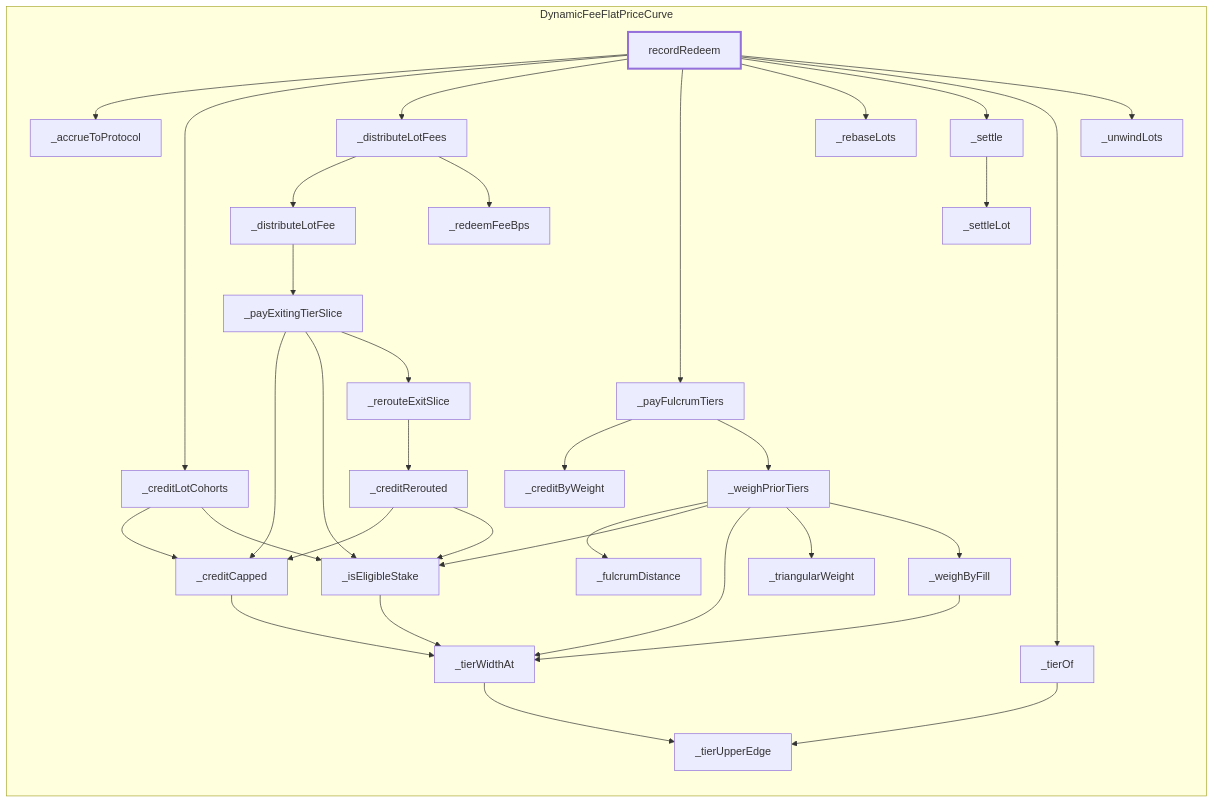
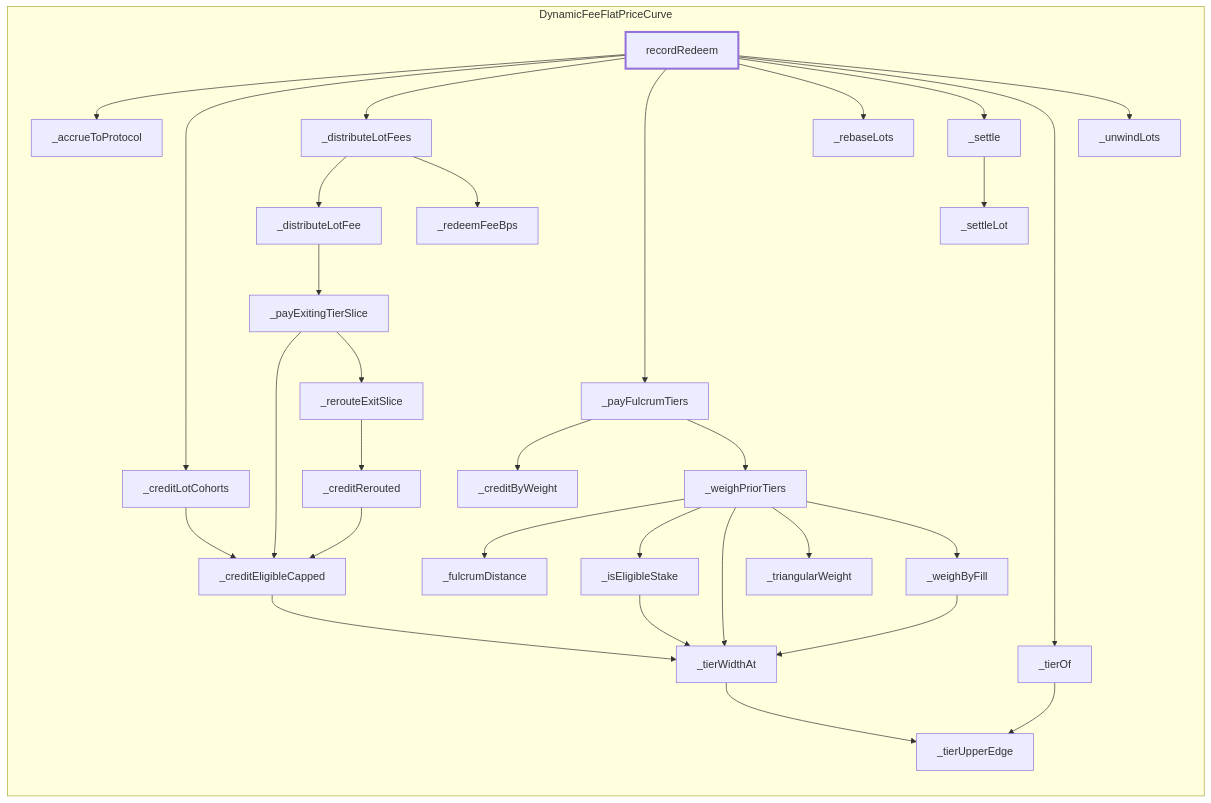
The diagram in docs/call-flows/generated/curve-record-redeem.md (0xIntuition/intuition-contracts-v2), drawn with Mermaid before and after one commit. The commit also changed other lines of this file and 3 other files, not shown here.

Commit message:
refactor: resolve each drawn lot's rate once, pass the residual mask to the re-base, and fold eligibility into the capped credit

````diff
--- a/docs/call-flows/generated/curve-record-redeem.md
+++ b/docs/call-flows/generated/curve-record-redeem.md
@@ -11,62 +11,59 @@
 ```mermaid
 flowchart LR
   subgraph DynamicFeeFlatPriceCurve["DynamicFeeFlatPriceCurve"]
     DynamicFeeFlatPriceCurve__accrueToProtocol["_accrueToProtocol"]
     DynamicFeeFlatPriceCurve__creditByWeight["_creditByWeight"]
-    DynamicFeeFlatPriceCurve__creditCapped["_creditCapped"]
+    DynamicFeeFlatPriceCurve__creditEligibleCapped["_creditEligibleCapped"]
     DynamicFeeFlatPriceCurve__creditLotCohorts["_creditLotCohorts"]
     DynamicFeeFlatPriceCurve__creditRerouted["_creditRerouted"]
     DynamicFeeFlatPriceCurve__distributeLotFee["_distributeLotFee"]
     DynamicFeeFlatPriceCurve__distributeLotFees["_distributeLotFees"]
     DynamicFeeFlatPriceCurve__fulcrumDistance["_fulcrumDistance"]
     DynamicFeeFlatPriceCurve__isEligibleStake["_isEligibleStake"]
     DynamicFeeFlatPriceCurve__payExitingTierSlice["_payExitingTierSlice"]
     DynamicFeeFlatPriceCurve__payFulcrumTiers["_payFulcrumTiers"]
     DynamicFeeFlatPriceCurve__rebaseLots["_rebaseLots"]
     DynamicFeeFlatPriceCurve__redeemFeeBps["_redeemFeeBps"]
     DynamicFeeFlatPriceCurve__rerouteExitSlice["_rerouteExitSlice"]
     DynamicFeeFlatPriceCurve__settle["_settle"]
     DynamicFeeFlatPriceCurve__settleLot["_settleLot"]
     DynamicFeeFlatPriceCurve__tierOf["_tierOf"]
     DynamicFeeFlatPriceCurve__tierUpperEdge["_tierUpperEdge"]
     DynamicFeeFlatPriceCurve__tierWidthAt["_tierWidthAt"]
     DynamicFeeFlatPriceCurve__triangularWeight["_triangularWeight"]
     DynamicFeeFlatPriceCurve__unwindLots["_unwindLots"]
     DynamicFeeFlatPriceCurve__weighByFill["_weighByFill"]
     DynamicFeeFlatPriceCurve__weighPriorTiers["_weighPriorTiers"]
     DynamicFeeFlatPriceCurve_recordRedeem["recordRedeem"]
   end
   DynamicFeeFlatPriceCurve_recordRedeem --> DynamicFeeFlatPriceCurve__accrueToProtocol
   DynamicFeeFlatPriceCurve_recordRedeem --> DynamicFeeFlatPriceCurve__creditLotCohorts
   DynamicFeeFlatPriceCurve_recordRedeem --> DynamicFeeFlatPriceCurve__distributeLotFees
   DynamicFeeFlatPriceCurve_recordRedeem --> DynamicFeeFlatPriceCurve__payFulcrumTiers
   DynamicFeeFlatPriceCurve_recordRedeem --> DynamicFeeFlatPriceCurve__rebaseLots
   DynamicFeeFlatPriceCurve_recordRedeem --> DynamicFeeFlatPriceCurve__settle
   DynamicFeeFlatPriceCurve_recordRedeem --> DynamicFeeFlatPriceCurve__tierOf
   DynamicFeeFlatPriceCurve_recordRedeem --> DynamicFeeFlatPriceCurve__unwindLots
-  DynamicFeeFlatPriceCurve__creditLotCohorts --> DynamicFeeFlatPriceCurve__creditCapped
-  DynamicFeeFlatPriceCurve__creditLotCohorts --> DynamicFeeFlatPriceCurve__isEligibleStake
+  DynamicFeeFlatPriceCurve__creditLotCohorts --> DynamicFeeFlatPriceCurve__creditEligibleCapped
   DynamicFeeFlatPriceCurve__distributeLotFees --> DynamicFeeFlatPriceCurve__distributeLotFee
   DynamicFeeFlatPriceCurve__distributeLotFees --> DynamicFeeFlatPriceCurve__redeemFeeBps
   DynamicFeeFlatPriceCurve__payFulcrumTiers --> DynamicFeeFlatPriceCurve__creditByWeight
   DynamicFeeFlatPriceCurve__payFulcrumTiers --> DynamicFeeFlatPriceCurve__weighPriorTiers
   DynamicFeeFlatPriceCurve__settle --> DynamicFeeFlatPriceCurve__settleLot
   DynamicFeeFlatPriceCurve__tierOf --> DynamicFeeFlatPriceCurve__tierUpperEdge
-  DynamicFeeFlatPriceCurve__creditCapped --> DynamicFeeFlatPriceCurve__tierWidthAt
-  DynamicFeeFlatPriceCurve__isEligibleStake --> DynamicFeeFlatPriceCurve__tierWidthAt
+  DynamicFeeFlatPriceCurve__creditEligibleCapped --> DynamicFeeFlatPriceCurve__tierWidthAt
   DynamicFeeFlatPriceCurve__distributeLotFee --> DynamicFeeFlatPriceCurve__payExitingTierSlice
   DynamicFeeFlatPriceCurve__weighPriorTiers --> DynamicFeeFlatPriceCurve__fulcrumDistance
   DynamicFeeFlatPriceCurve__weighPriorTiers --> DynamicFeeFlatPriceCurve__isEligibleStake
   DynamicFeeFlatPriceCurve__weighPriorTiers --> DynamicFeeFlatPriceCurve__tierWidthAt
   DynamicFeeFlatPriceCurve__weighPriorTiers --> DynamicFeeFlatPriceCurve__triangularWeight
   DynamicFeeFlatPriceCurve__weighPriorTiers --> DynamicFeeFlatPriceCurve__weighByFill
   DynamicFeeFlatPriceCurve__tierWidthAt --> DynamicFeeFlatPriceCurve__tierUpperEdge
-  DynamicFeeFlatPriceCurve__payExitingTierSlice --> DynamicFeeFlatPriceCurve__creditCapped
-  DynamicFeeFlatPriceCurve__payExitingTierSlice --> DynamicFeeFlatPriceCurve__isEligibleStake
+  DynamicFeeFlatPriceCurve__payExitingTierSlice --> DynamicFeeFlatPriceCurve__creditEligibleCapped
   DynamicFeeFlatPriceCurve__payExitingTierSlice --> DynamicFeeFlatPriceCurve__rerouteExitSlice
+  DynamicFeeFlatPriceCurve__isEligibleStake --> DynamicFeeFlatPriceCurve__tierWidthAt
   DynamicFeeFlatPriceCurve__weighByFill --> DynamicFeeFlatPriceCurve__tierWidthAt
   DynamicFeeFlatPriceCurve__rerouteExitSlice --> DynamicFeeFlatPriceCurve__creditRerouted
-  DynamicFeeFlatPriceCurve__creditRerouted --> DynamicFeeFlatPriceCurve__creditCapped
-  DynamicFeeFlatPriceCurve__creditRerouted --> DynamicFeeFlatPriceCurve__isEligibleStake
+  DynamicFeeFlatPriceCurve__creditRerouted --> DynamicFeeFlatPriceCurve__creditEligibleCapped
   style DynamicFeeFlatPriceCurve_recordRedeem stroke-width:3px
 ```
````
